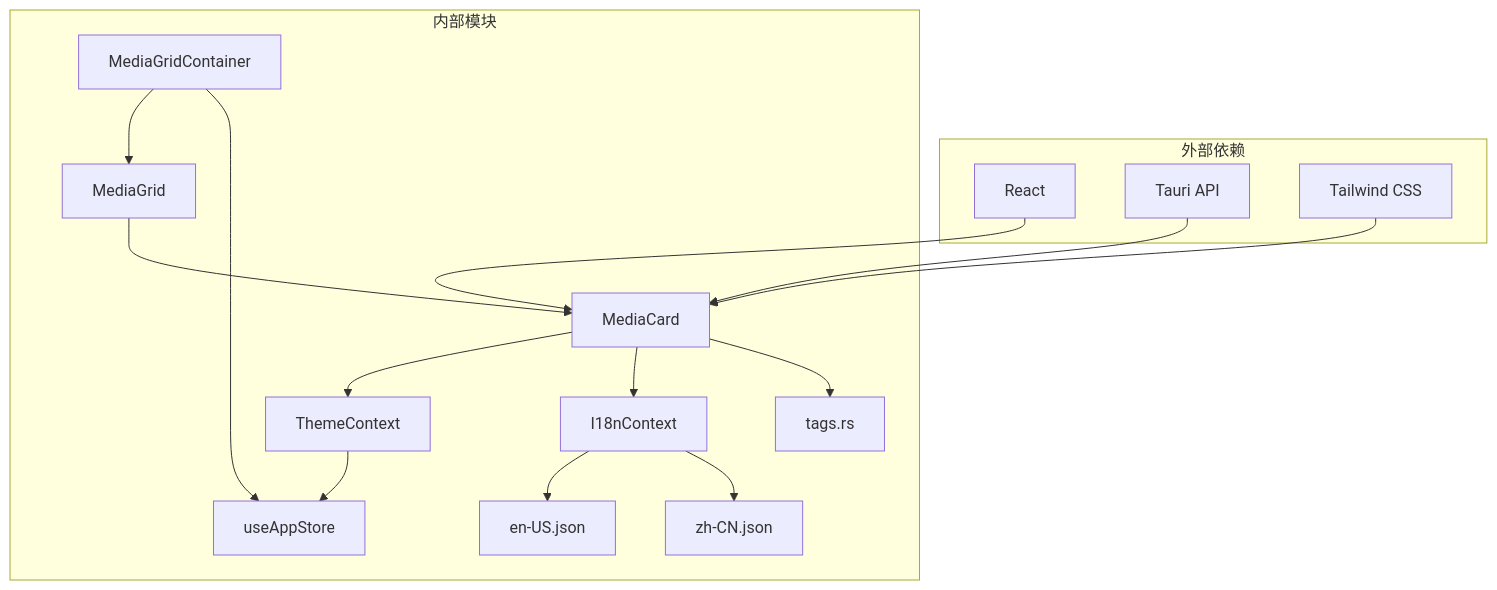
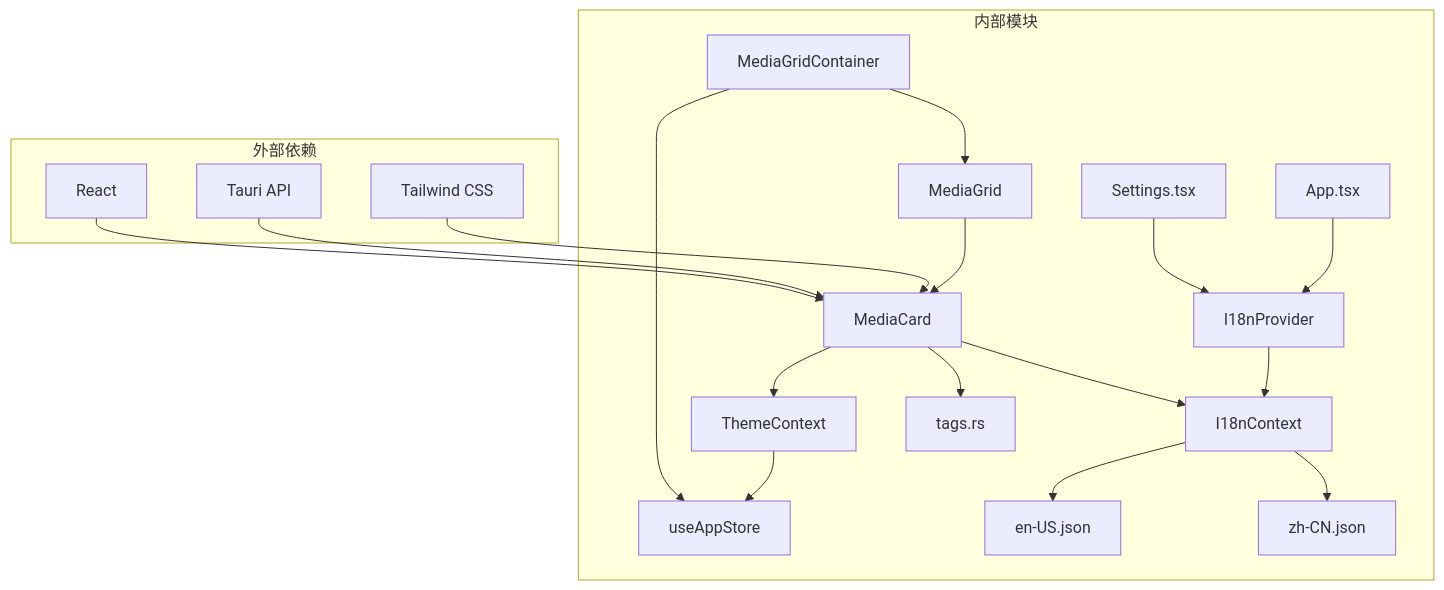
Before and after one commit to YLee9527/Medex: the tenth of 13 diagrams in doc/repowiki/zh/content/UI 组件/核心组件/MediaCard 媒体卡片组件.md, drawn with Mermaid. The commit also changed other lines of this file and 31 other files, not shown here.

First line of the commit message:
docs(doc): 添加部署脚本、锁屏功能、发布指南及设置按钮图标文档

````diff
--- a/doc/repowiki/zh/content/UI 组件/核心组件/MediaCard 媒体卡片组件.md
+++ b/doc/repowiki/zh/content/UI 组件/核心组件/MediaCard 媒体卡片组件.md
@@ -413,31 +627,37 @@
 ```mermaid
 graph TB
 subgraph "外部依赖"
 React[React]
 Tauri[Tauri API]
 Tailwind[Tailwind CSS]
 end
 subgraph "内部模块"
 MediaCard[MediaCard]
 MediaGrid[MediaGrid]
 MediaGridContainer[MediaGridContainer]
 ThemeContext[ThemeContext]
 I18nContext[I18nContext]
 useAppStore[useAppStore]
 tagsService[tags.rs]
 enUS[en-US.json]
 zhCN[zh-CN.json]
+I18nProvider[I18nProvider]
+Settings[Settings.tsx]
+App[App.tsx]
 end
 React --> MediaCard
 Tauri --> MediaCard
 Tailwind --> MediaCard
 MediaGridContainer --> MediaGrid
 MediaGrid --> MediaCard
 MediaCard --> ThemeContext
 MediaCard --> I18nContext
+I18nProvider --> I18nContext
 MediaGridContainer --> useAppStore
 MediaCard --> tagsService
 ThemeContext --> useAppStore
 I18nContext --> enUS
 I18nContext --> zhCN
+Settings --> I18nProvider
+App --> I18nProvider
 ```
````
